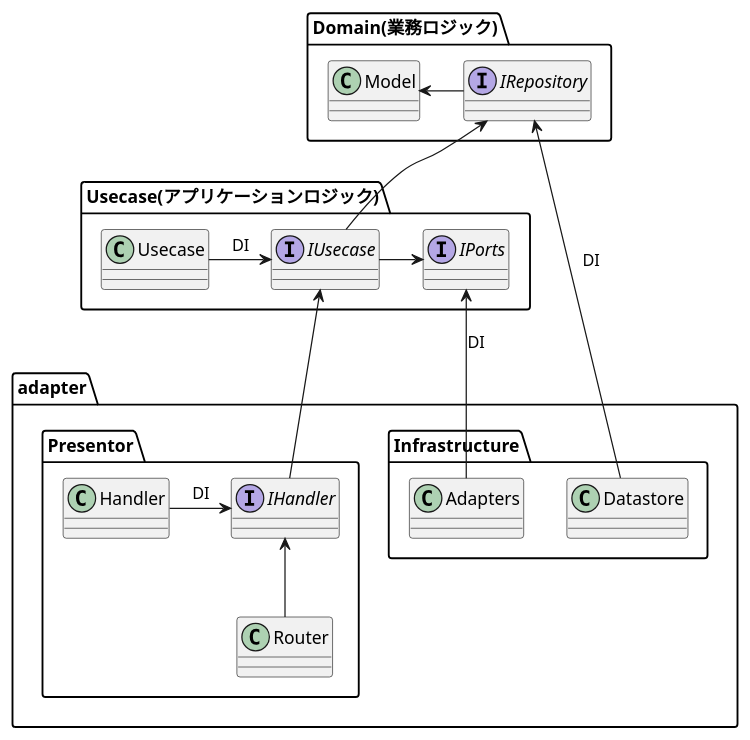
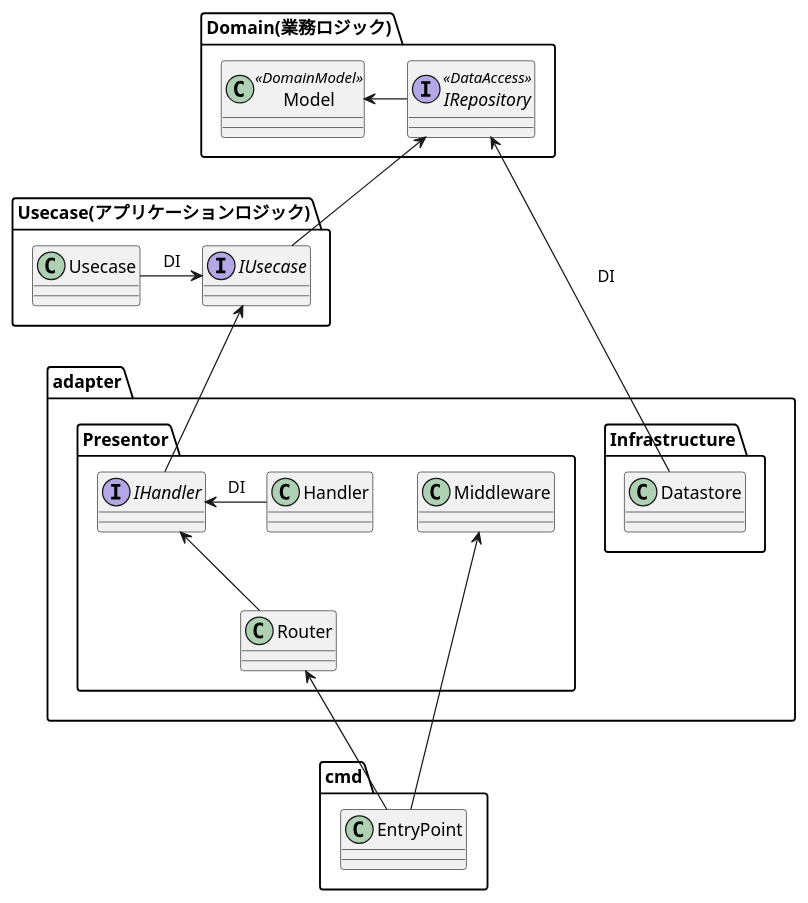
Before and after one commit to oshou/AwesomeMusic-api: the diagram in umls/class_onion.pu, drawn with PlantUML. The commit also changed 31 other files, not shown here.

Commit message:
change to onion-architecture

```diff
--- a/umls/class_onion.pu
+++ b/umls/class_onion.pu
@@ -1,33 +1,36 @@
 @startuml
 package Domain(業務ロジック) {
-  class Model
-  interface IRepository
+  class Model << DomainModel >>
+  interface IRepository << DataAccess >>
 }
 package Usecase(アプリケーションロジック) {
   class Usecase
   interface IUsecase
-  interface IPorts
 }
 
 package adapter {
   package Infrastructure {
     class Datastore
-    class Adapters
   }
   package Presentor {
     class Router
+    class Middleware
     interface IHandler
     class Handler
   }
 }
 
+package cmd {
+  class EntryPoint
+}
+
 Model <-right- IRepository
 IUsecase -up-> IRepository
-IUsecase -right-> IPorts
 Usecase -right-> IUsecase: DI
 IHandler -up-> IUsecase
-Handler -> IHandler: DI
+Handler -right-> IHandler: DI
 Router -up-> IHandler
 Datastore -up-> IRepository: DI
-Adapters -up-> IPorts: DI
+EntryPoint -up-> Router
+EntryPoint -up-> Middleware
 @enduml
```
